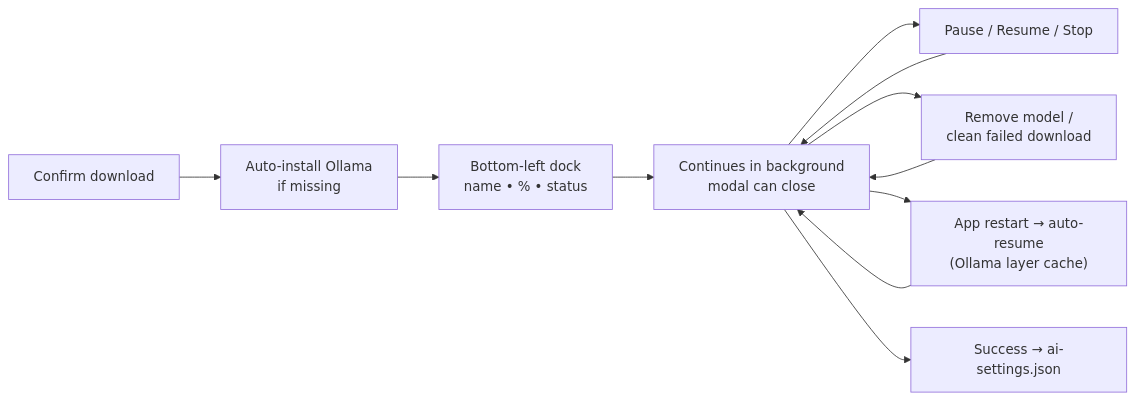
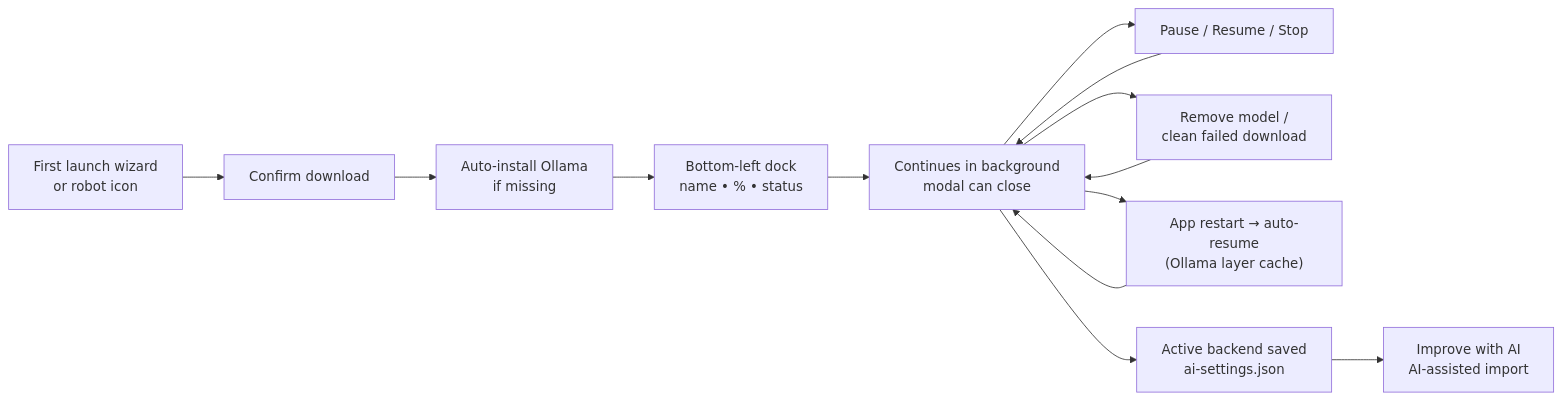
The second of 2 diagrams in README.md (01laky/ReVitae), drawn with Mermaid before and after one commit. The commit also changed other lines of this file, not shown here.

First line of the commit message:
Update README with AI workflow diagrams and v0.2.11 status.

````diff
--- a/README.md
+++ b/README.md
@@ -65,20 +81,22 @@
 ```mermaid
 flowchart LR
+    entry["First launch wizard\nor robot icon"]
     confirm["Confirm download"]
     engine["Auto-install Ollama\nif missing"]
     dock["Bottom-left dock\nname • % • status"]
     bg["Continues in background\nmodal can close"]
     pause["Pause / Resume / Stop"]
     manage["Remove model /\nclean failed download"]
     recover["App restart → auto-resume\n(Ollama layer cache)"]
-    done["Success → ai-settings.json"]
+    done["Active backend saved\nai-settings.json"]
+    use["Improve with AI\nAI-assisted import"]
 
-    confirm --> engine --> dock --> bg
+    entry --> confirm --> engine --> dock --> bg
     bg --> pause
     bg --> manage
     bg --> recover
-    bg --> done
+    bg --> done --> use
     pause --> bg
     manage --> bg
     recover --> bg
 ```
````
